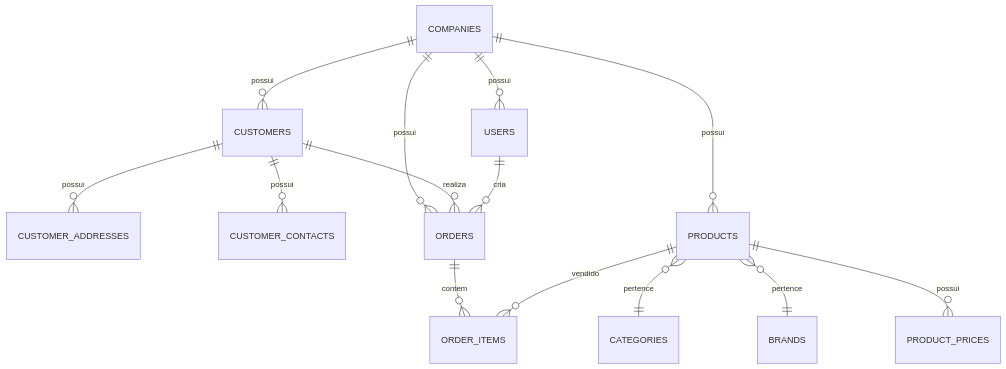
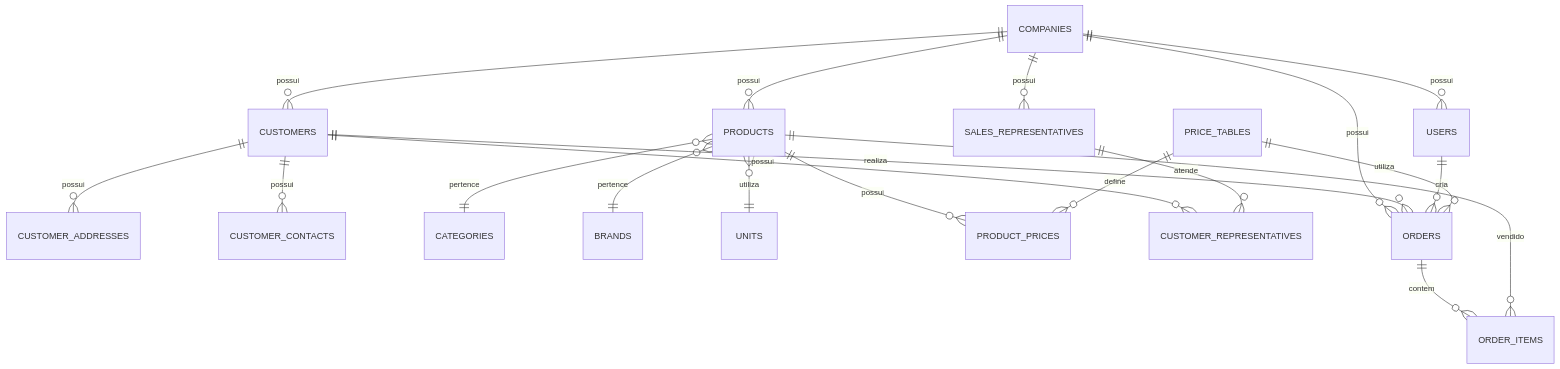
One commit to danielkzero/orderbox changed the first of 3 diagrams in docs/03-modelagem/er-diagram.md. Above: the diagram before and after it, drawn with Mermaid. The commit also changed other lines of this file, not shown here.

Commit message:
docs: simplificar diagramas para escopo de força de vendas

````diff
--- a/docs/03-modelagem/er-diagram.md
+++ b/docs/03-modelagem/er-diagram.md
@@ -21,29 +5,41 @@
 ```mermaid
 erDiagram
 
     COMPANIES ||--o{ USERS : possui
 
     COMPANIES ||--o{ CUSTOMERS : possui
 
     CUSTOMERS ||--o{ CUSTOMER_ADDRESSES : possui
 
     CUSTOMERS ||--o{ CUSTOMER_CONTACTS : possui
 
     COMPANIES ||--o{ PRODUCTS : possui
 
     PRODUCTS }o--|| CATEGORIES : pertence
 
     PRODUCTS }o--|| BRANDS : pertence
 
+    PRODUCTS }o--|| UNITS : utiliza
+
     PRODUCTS ||--o{ PRODUCT_PRICES : possui
+
+    PRICE_TABLES ||--o{ PRODUCT_PRICES : define
+
+    COMPANIES ||--o{ SALES_REPRESENTATIVES : possui
+
+    CUSTOMERS ||--o{ CUSTOMER_REPRESENTATIVES : possui
+
+    SALES_REPRESENTATIVES ||--o{ CUSTOMER_REPRESENTATIVES : atende
 
     COMPANIES ||--o{ ORDERS : possui
 
     CUSTOMERS ||--o{ ORDERS : realiza
 
     USERS ||--o{ ORDERS : cria
 
+    PRICE_TABLES ||--o{ ORDERS : utiliza
+
     ORDERS ||--o{ ORDER_ITEMS : contem
 
     PRODUCTS ||--o{ ORDER_ITEMS : vendido
 ```
````
